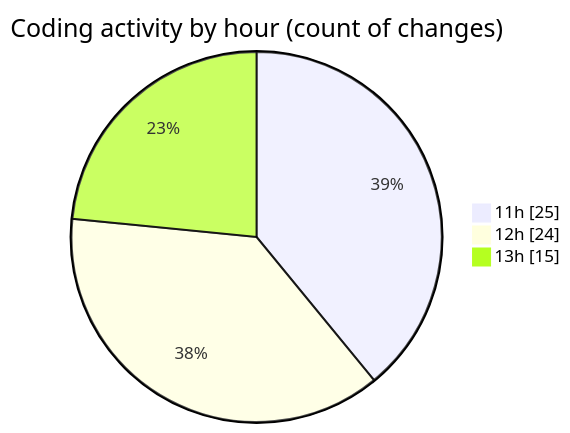
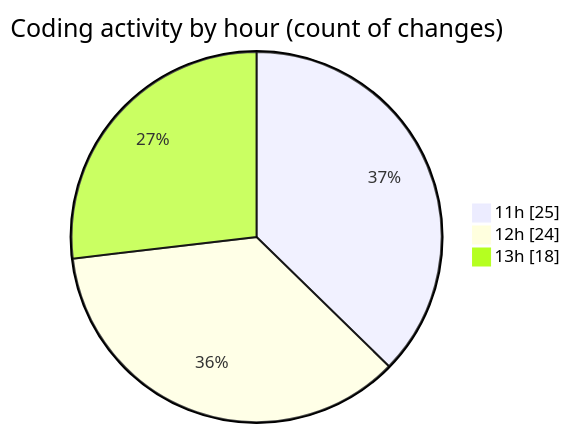
Before and after one commit to MatusMokan/code-tracking: the second of 2 diagrams in 2025-04-12/myws__workspace_/README.md, drawn with Mermaid. The commit also changed other lines of this file and 1 other file, not shown here.

````diff
--- a/2025-04-12/myws__workspace_/README.md
+++ b/2025-04-12/myws__workspace_/README.md
@@ -30,7 +30,7 @@
 ```mermaid
 pie showData
 title Coding activity by hour (count of changes)
 "11h" : 25
 "12h" : 24
-"13h" : 15
+"13h" : 18
 ```
````
